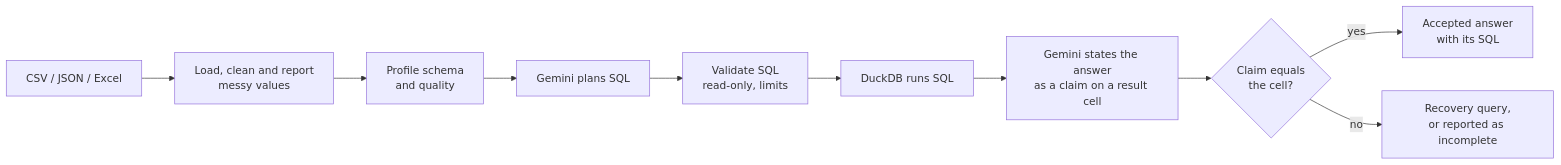
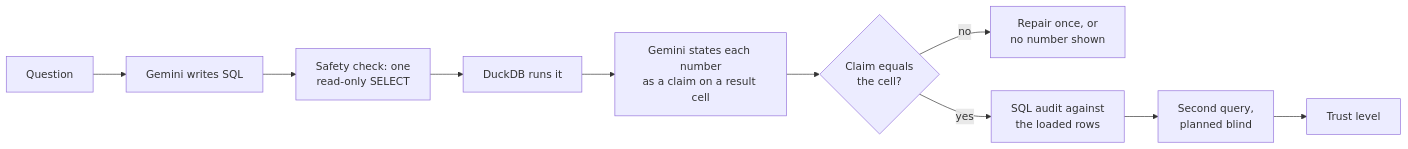
One commit to Md-Faiz-Alam/verisight changed the diagram in docs/results.md. Above: the diagram before and after it, drawn with Mermaid. The commit also changed other lines of this file and 8 other files, not shown here.

````diff
--- a/docs/results.md
+++ b/docs/results.md
@@ -37,12 +40,12 @@
 ```mermaid
 flowchart LR
-    A[CSV / JSON / Excel] --> B[Load, clean and report<br/>messy values]
-    B --> C[Profile schema<br/>and quality]
-    C --> D[Gemini plans SQL]
-    D --> E[Validate SQL<br/>read-only, limits]
-    E --> F[DuckDB runs SQL]
-    F --> G[Gemini states the answer<br/>as a claim on a result cell]
-    G --> H{Claim equals<br/>the cell?}
-    H -- yes --> I[Accepted answer<br/>with its SQL]
-    H -- no --> J[Recovery query,<br/>or reported as incomplete]
+    Q[Question] --> P[Gemini writes SQL]
+    P --> S[Safety check: one<br/>read-only SELECT]
+    S --> E[DuckDB runs it]
+    E --> C[Gemini states each number<br/>as a claim on a result cell]
+    C --> V{Claim equals<br/>the cell?}
+    V -- no --> R[Repair once, or<br/>no number shown]
+    V -- yes --> A[SQL audit against<br/>the loaded rows]
+    A --> X[Second query,<br/>planned blind]
+    X --> T[Trust level]
 ```
````
